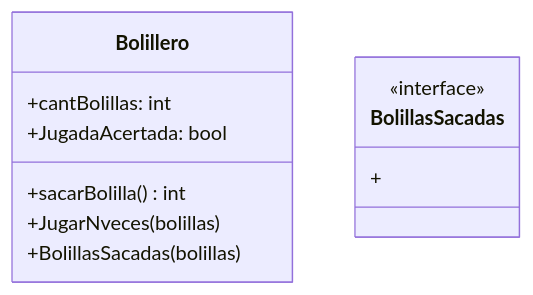
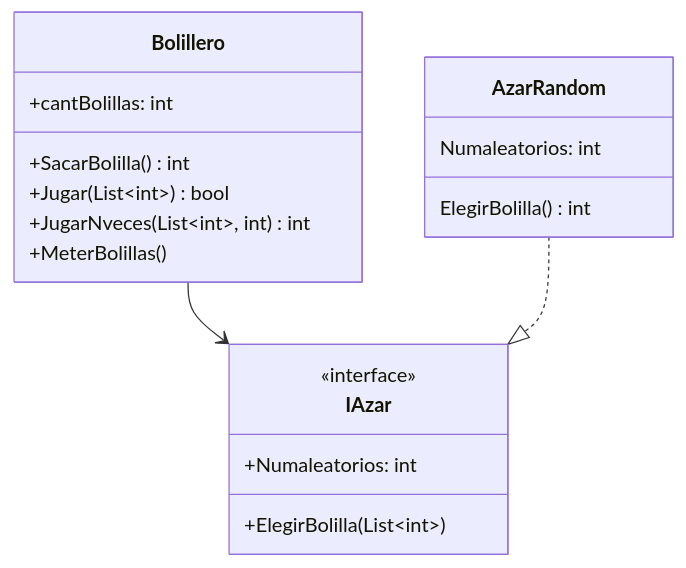
Before and after one commit to brenda20-22/TO-Bolillero: the diagram in docs/README.md, drawn with Mermaid. The commit also changed 5 other files, not shown here.

````diff
--- a/docs/README.md
+++ b/docs/README.md
@@ -3,14 +3,22 @@
 ```mermaid
 classDiagram
     class Bolillero{
         +cantBolillas: int 
-        +JugadaAcertada: bool
-        +sacarBolilla() int
-        +JugarNveces<list>(bolillas)
-        +BolillasSacadas<list>(bolillas)
-}
-    class BolillasSacadas{
+        +SacarBolilla() int 
+        +Jugar(List~int~) bool
+        +JugarNveces(List~int~, int) int
+        +MeterBolillas() 
+        }
+    class IAzar{
         <<interface>>
-        +
+        +Numaleatorios: int
+        +ElegirBolilla(List~int~)
+        }
+    class AzarRandom{
+        Numaleatorios: int
+        ElegirBolilla() int
     }
+
+    Bolillero --> IAzar
+    AzarRandom ..|> IAzar
 ```
````
